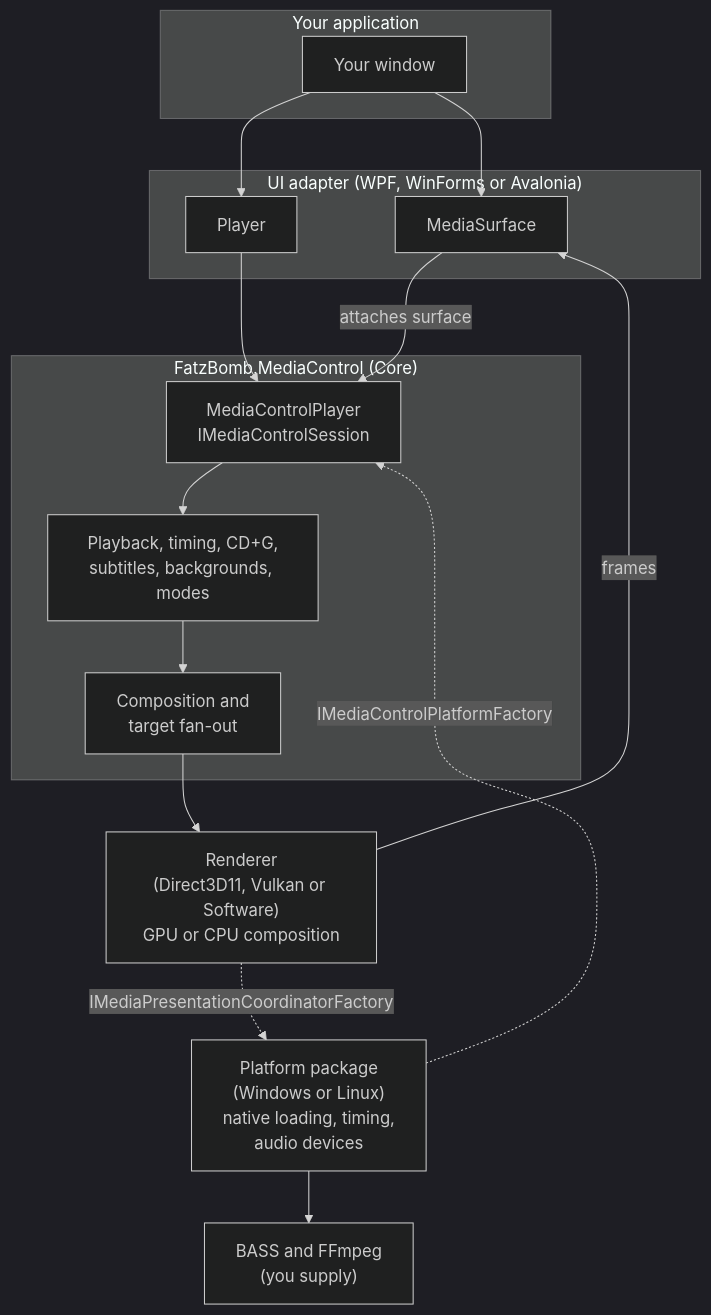
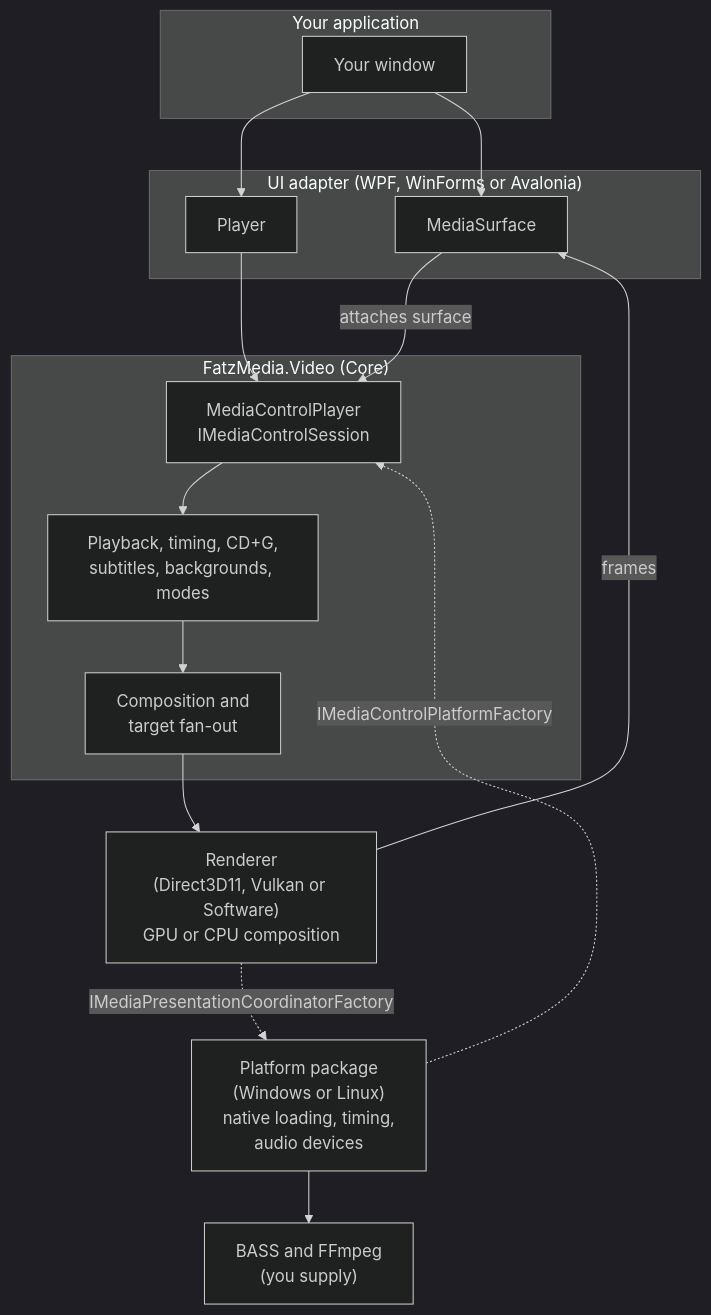
The diagram in Video/docs/site/articles/concepts/architecture.md (FatzBomb/FatzMedia), drawn with Mermaid (dark theme) before and after one commit. The commit also changed other lines of this file and 1578 other files, not shown here.

First line of the commit message:
Video: rename FatzBomb.MediaControl to FatzMedia.Video (stage 048A)

````diff
--- a/Video/docs/site/articles/concepts/architecture.md
+++ b/Video/docs/site/articles/concepts/architecture.md
@@ -5,32 +5,32 @@
 ```mermaid
 flowchart TB
     subgraph Host["Your application"]
         UI["Your window"]
     end
 
     subgraph Adapter["UI adapter (WPF, WinForms or Avalonia)"]
         Surface["MediaSurface"]
         AdapterPlayer["Player"]
     end
 
-    subgraph Core["FatzBomb.MediaControl (Core)"]
+    subgraph Core["FatzMedia.Video (Core)"]
         Player["MediaControlPlayer<br/>IMediaControlSession"]
         Engine["Playback, timing, CD+G,<br/>subtitles, backgrounds, modes"]
         Compose["Composition and<br/>target fan-out"]
     end
 
     Platform["Platform package<br/>(Windows or Linux)<br/>native loading, timing,<br/>audio devices"]
     Renderer["Renderer<br/>(Direct3D11, Vulkan or Software)<br/>GPU or CPU composition"]
     Native["BASS and FFmpeg<br/>(you supply)"]
 
     UI --> Surface
     UI --> AdapterPlayer
     AdapterPlayer --> Player
     Surface -- "attaches surface" --> Player
     Player --> Engine --> Compose
     Platform -. "IMediaControlPlatformFactory" .-> Player
     Renderer -. "IMediaPresentationCoordinatorFactory" .-> Platform
     Platform --> Native
     Compose --> Renderer
     Renderer -- "frames" --> Surface
 ```
````
